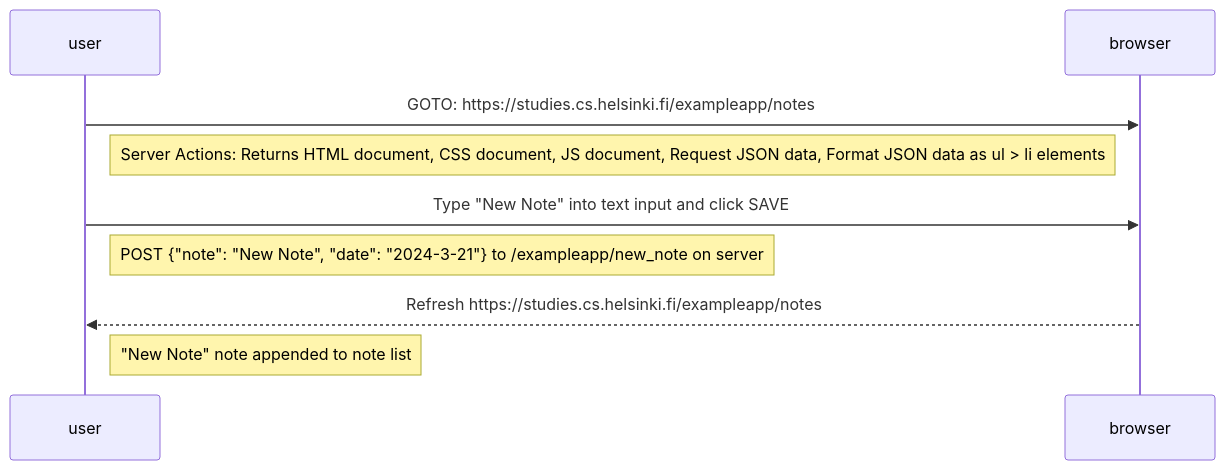
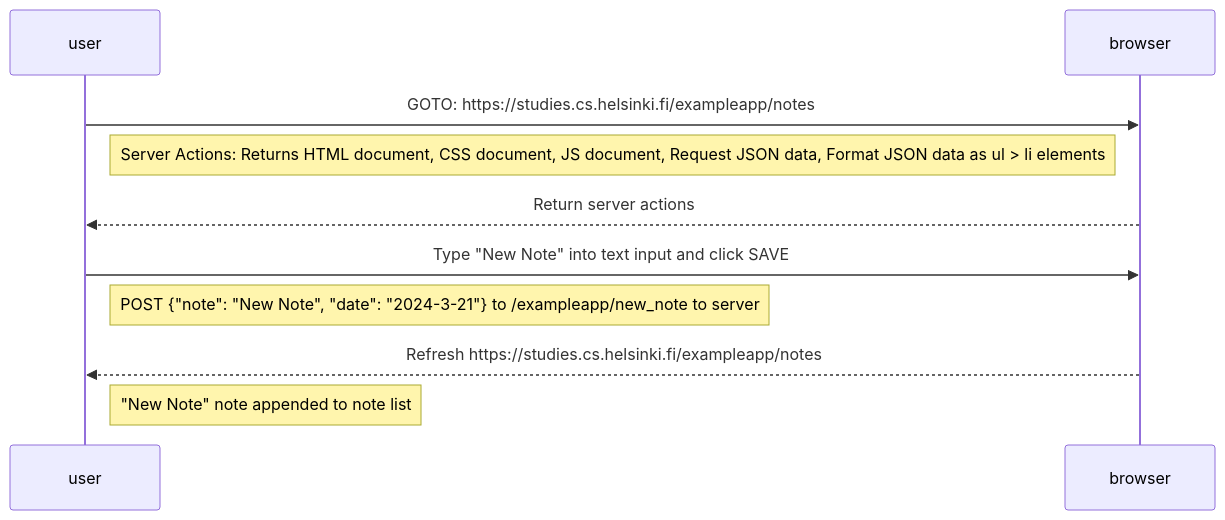
Before and after one commit to Wattsun64/fullstack: the diagram in part0/newnote.md, drawn with Mermaid.

Commit message:
Minor updates to diagram

````diff
--- a/part0/newnote.md
+++ b/part0/newnote.md
@@ -1,12 +1,13 @@
 ```mermaid
 sequenceDiagram
 	participant user
 	participant browser
 
 	user->>browser: GOTO: https://studies.cs.helsinki.fi/exampleapp/notes
 	Note right of user: Server Actions: Returns HTML document, CSS document, JS document, Request JSON data, Format JSON data as ul > li elements
+    browser-->>user: Return server actions
 	user->>browser: Type "New Note" into text input and click SAVE
-	Note right of user: POST {"note": "New Note", "date": "2024-3-21"} to /exampleapp/new_note on server
+	Note right of user: POST {"note": "New Note", "date": "2024-3-21"} to /exampleapp/new_note to server
 	browser-->>user: Refresh https://studies.cs.helsinki.fi/exampleapp/notes
 	Note right of user: "New Note" note appended to note list
 ```
````
